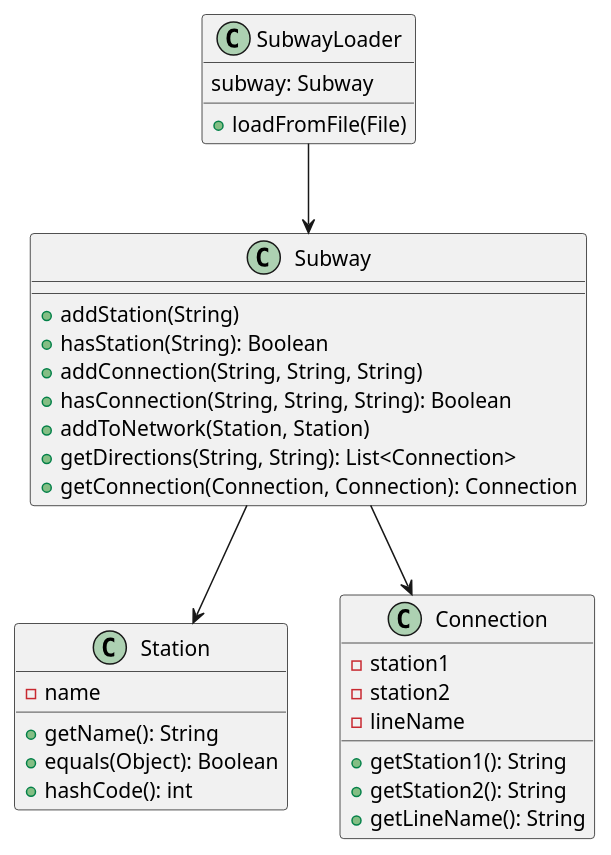
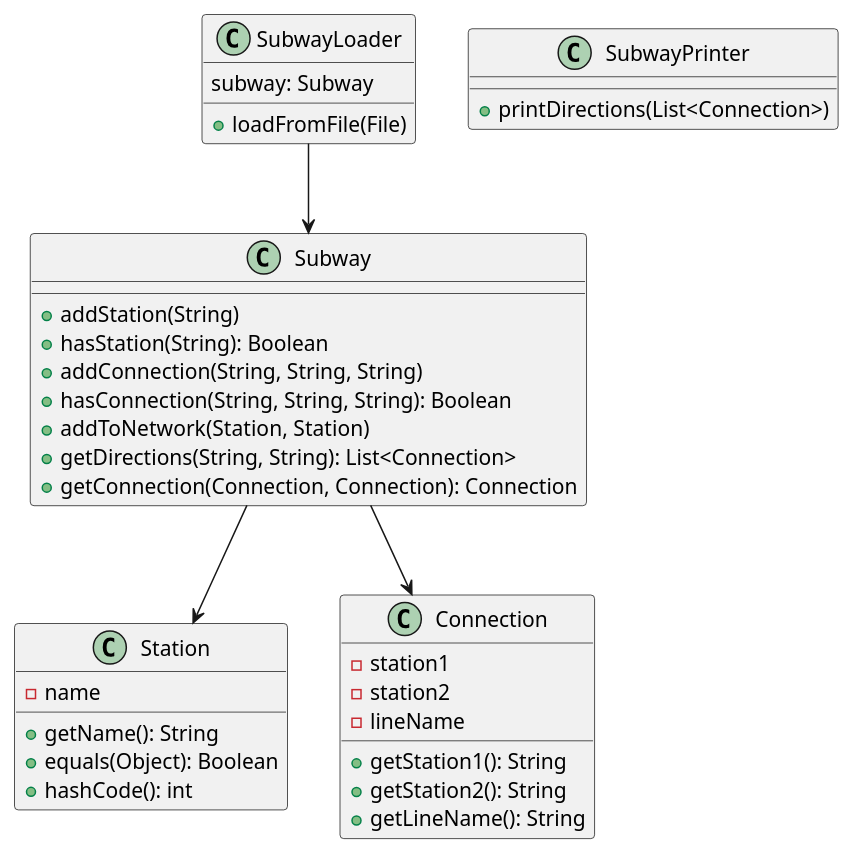
Before and after one commit to vscarmena/objectville-route-finder: the diagram in class-diagram.puml, drawn with PlantUML. The commit also changed 4 other files, not shown here.

Commit message:
added subway printer class and updated relations and diagrams

```diff
--- a/class-diagram.puml
+++ b/class-diagram.puml
@@ -1,39 +1,43 @@
 @startuml
 
 class SubwayLoader {
     subway: Subway
     + loadFromFile(File)
 }
 
 class Subway {
     + addStation(String)
     + hasStation(String): Boolean
     + addConnection(String, String, String)
     + hasConnection(String, String, String): Boolean
     + addToNetwork(Station, Station)
     + getDirections(String, String): List<Connection>
     + getConnection(Connection, Connection): Connection
 }
 
 class Station {
     - name
     + getName(): String
     + equals(Object): Boolean
     + hashCode(): int
 }
 
 class Connection {
     - station1
     - station2
     - lineName
     + getStation1(): String
     + getStation2(): String
     + getLineName(): String
 }
 
+class SubwayPrinter {
+    + printDirections(List<Connection>)
+}
+
 SubwayLoader --> Subway
 
 Subway --> Station
 Subway --> Connection
 
 @enduml
```
